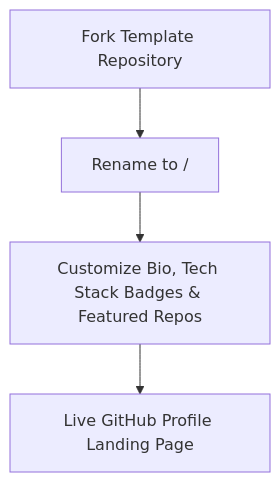
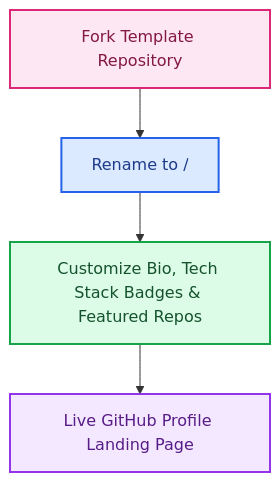
One commit to RobinaMirbahar/Readme-Profile-Sample-Temaplate changed the diagram in README.md. Above: the diagram before and after it, drawn with Mermaid. The commit also changed other lines of this file, not shown here.

Commit message:
docs: add 3-line Author & Companion Publication header, color-coded Mermaid diagram, and remove repetitive footer

````diff
--- a/README.md
+++ b/README.md
@@ -28,6 +28,10 @@
 ```mermaid
 flowchart TD
     A["Fork Template Repository"] --> B["Rename to <username>/<username>"]
     B --> C["Customize Bio, Tech Stack Badges & Featured Repos"]
     C --> D["Live GitHub Profile Landing Page"]
+    style A fill:#fce7f3,stroke:#db2777,stroke-width:2px,color:#831843
+    style B fill:#dbeafe,stroke:#2563eb,stroke-width:2px,color:#1e3a8a
+    style C fill:#dcfce7,stroke:#16a34a,stroke-width:2px,color:#14532d
+    style D fill:#f3e8ff,stroke:#9333ea,stroke-width:2px,color:#581c87
 ```
````
